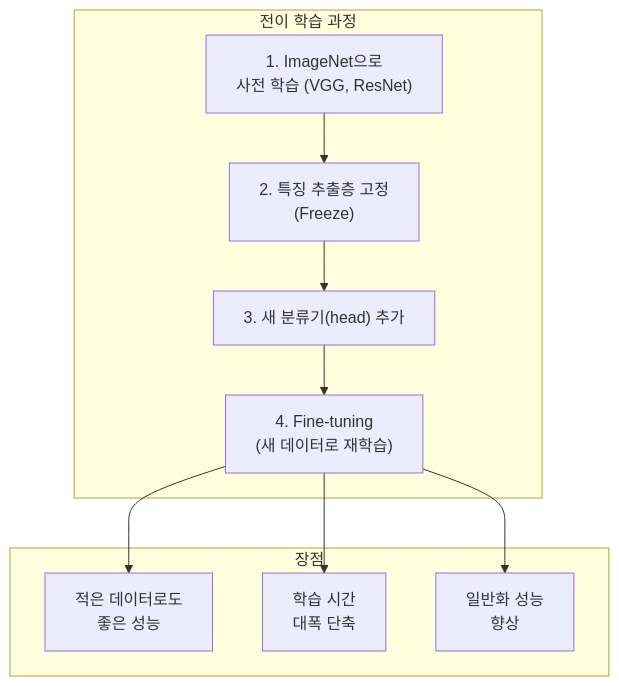
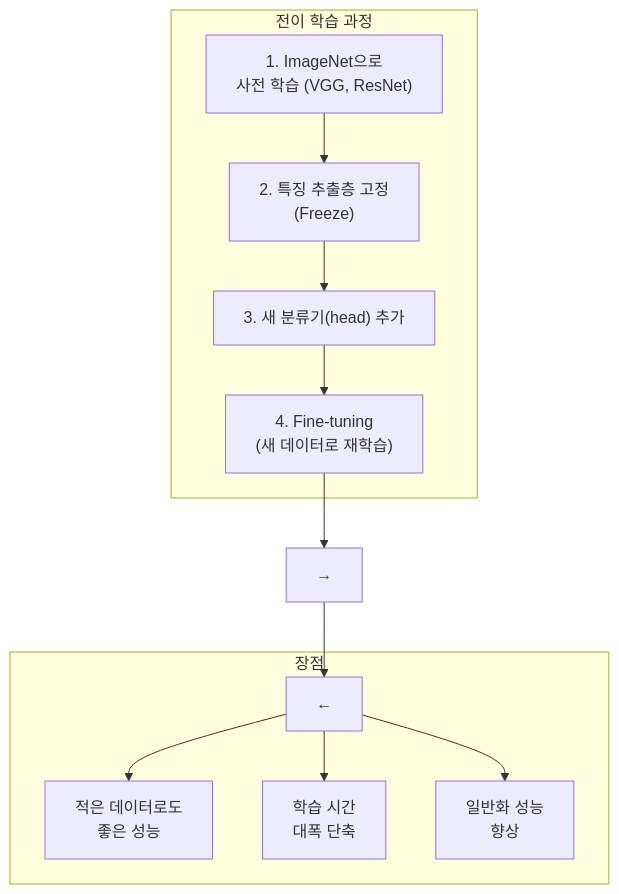
One commit to jingu279/Document changed the sixth of 7 diagrams in ai-programming/03_딥러닝/02_컴퓨터_비전.md. Above: the diagram before and after it, drawn with Mermaid. The commit also changed 5 other files, not shown here.

First line of the commit message:
Fix all cross-subgraph Mermaid connections + reserved keywords

````diff
--- a/ai-programming/03_딥러닝/02_컴퓨터_비전.md
+++ b/ai-programming/03_딥러닝/02_컴퓨터_비전.md
@@ -493,20 +493,25 @@
 ```mermaid
 flowchart TB
   subgraph Transfer[전이 학습 과정]
     Pretrain["1. ImageNet으로<br/>사전 학습 (VGG, ResNet)"]
     Freeze["2. 특징 추출층 고정<br/>(Freeze)"]
     NewHead["3. 새 분류기(head) 추가"]
     FineTune["4. Fine-tuning<br/>(새 데이터로 재학습)"]
   end
 
+  TransOut["→"]
+
   subgraph Advantage[장점]
+    AdvIn["←"]
     LessData["적은 데이터로도<br/>좋은 성능"]
     Faster["학습 시간<br/>대폭 단축"]
     Better["일반화 성능<br/>향상"]
   end
 
   Pretrain --> Freeze --> NewHead --> FineTune
-  FineTune --> LessData
-  FineTune --> Faster
-  FineTune --> Better
+  FineTune --> TransOut
+  TransOut --> AdvIn
+  AdvIn --> LessData
+  AdvIn --> Faster
+  AdvIn --> Better
 ```
````
